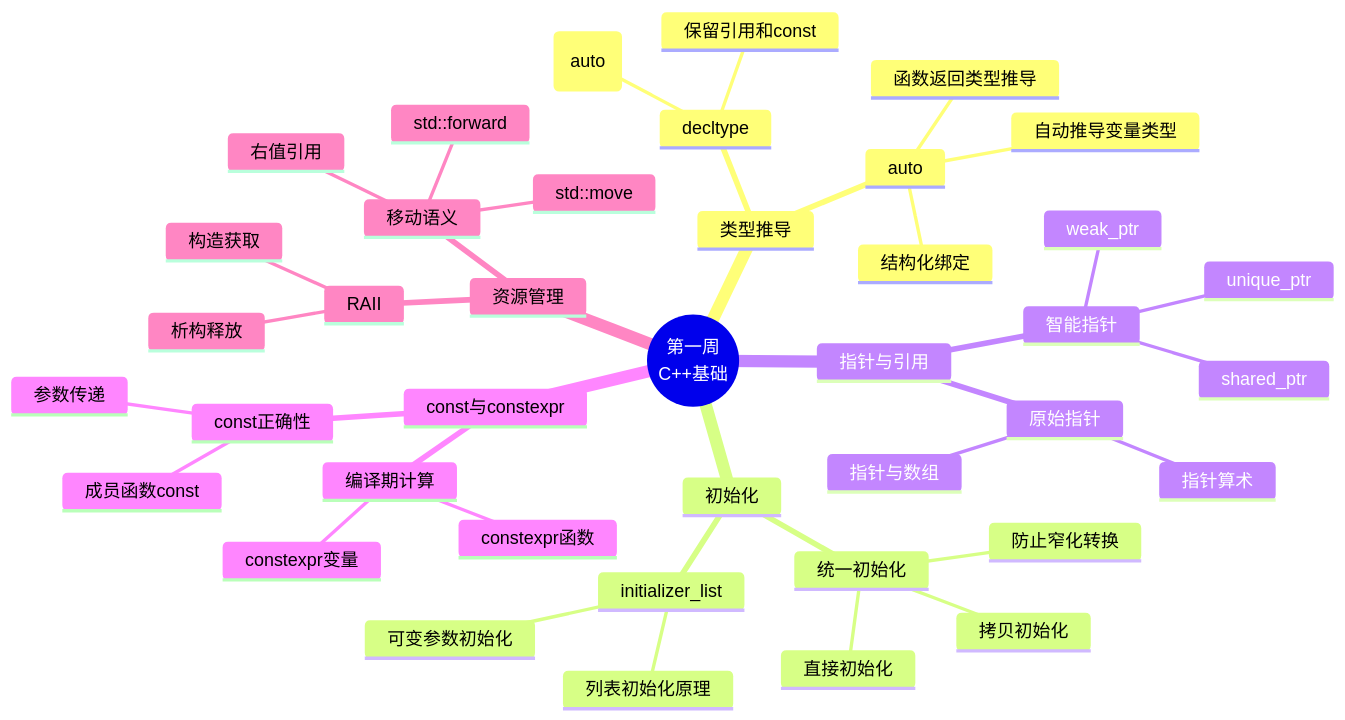
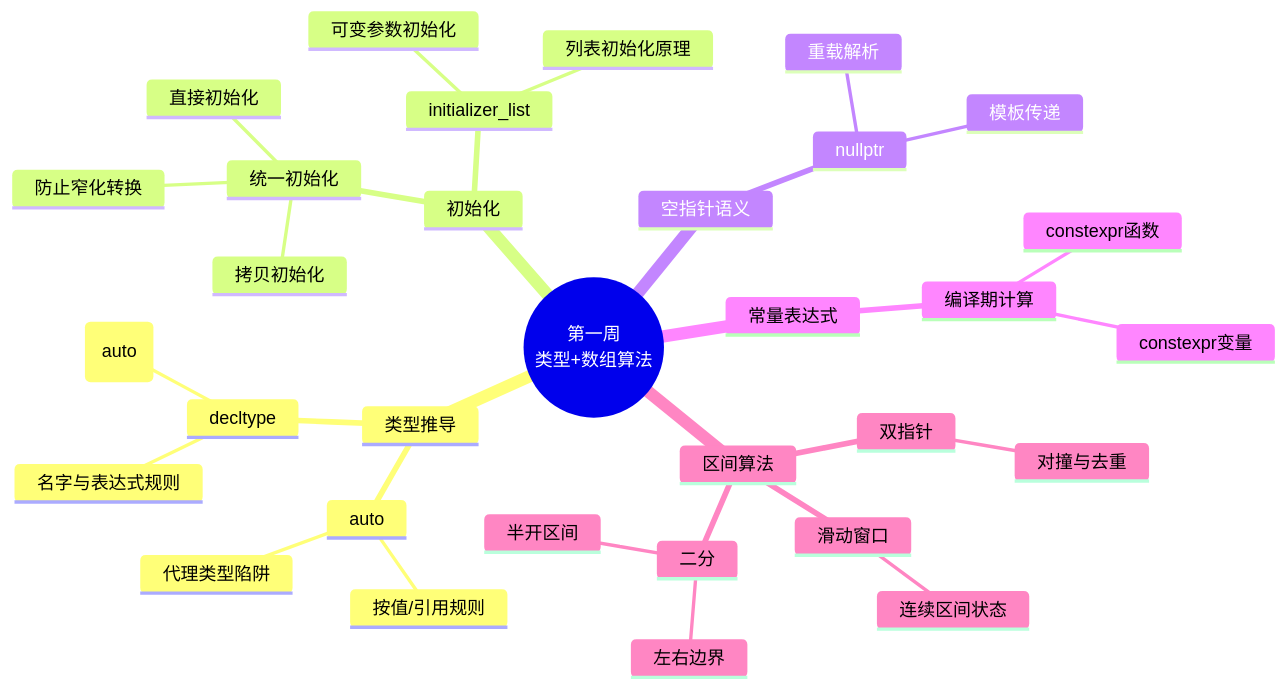
The diagram in week_01/day_07/README.md (mlbo/cpp_learning), drawn with Mermaid before and after one commit. The commit also changed other lines of this file and 675 other files, not shown here.

````diff
--- a/week_01/day_07/README.md
+++ b/week_01/day_07/README.md
@@ -37,43 +47,35 @@
 ```mermaid
 mindmap
-  root((第一周<br/>C++基础))
+  root((第一周<br/>类型+数组算法))
     类型推导
       auto
-        自动推导变量类型
-        函数返回类型推导
-        结构化绑定
+        按值/引用规则
+        代理类型陷阱
       decltype
-        保留引用和const
+        名字与表达式规则
         decltype(auto)
     初始化
       统一初始化
         防止窄化转换
         直接初始化
         拷贝初始化
       initializer_list
         可变参数初始化
         列表初始化原理
-    指针与引用
-      智能指针
-        unique_ptr
-        shared_ptr
-        weak_ptr
-      原始指针
-        指针算术
-        指针与数组
-    const与constexpr
-      const正确性
-        成员函数const
-        参数传递
+    空指针语义
+      nullptr
+        重载解析
+        模板传递
+    常量表达式
       编译期计算
         constexpr函数
         constexpr变量
-    资源管理
-      RAII
-        构造获取
-        析构释放
-      移动语义
-        右值引用
-        std::move
-        std::forward
+    区间算法
+      双指针
+        对撞与去重
+      滑动窗口
+        连续区间状态
+      二分
+        半开区间
+        左右边界
 ```
````
